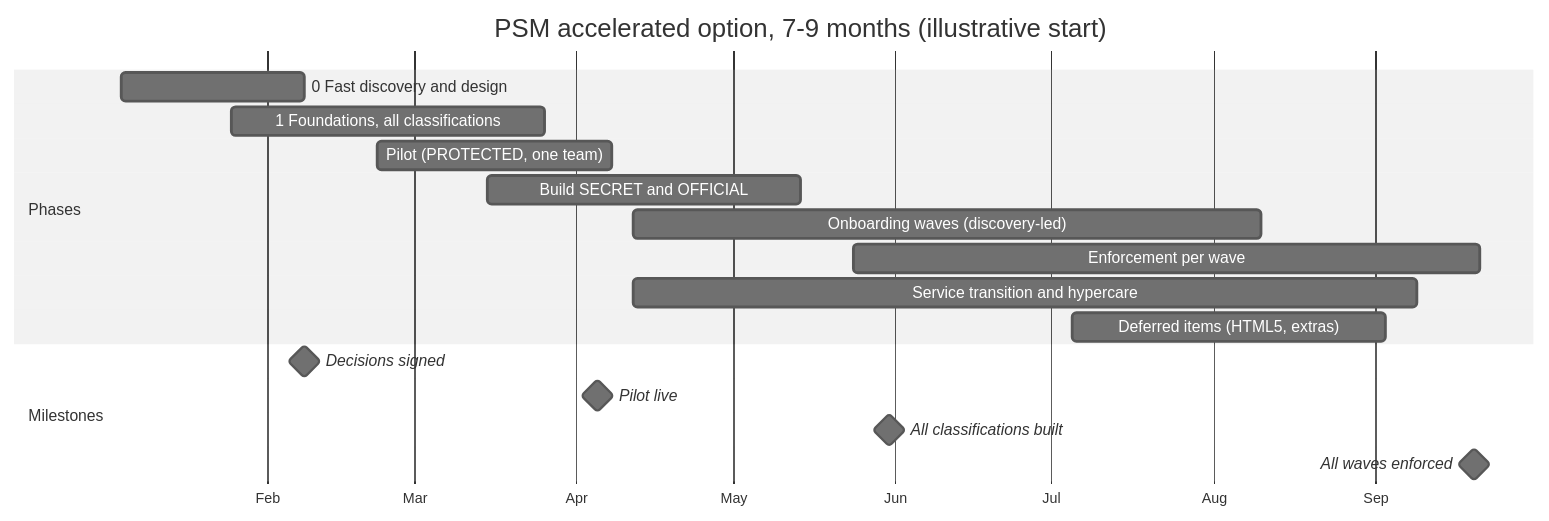
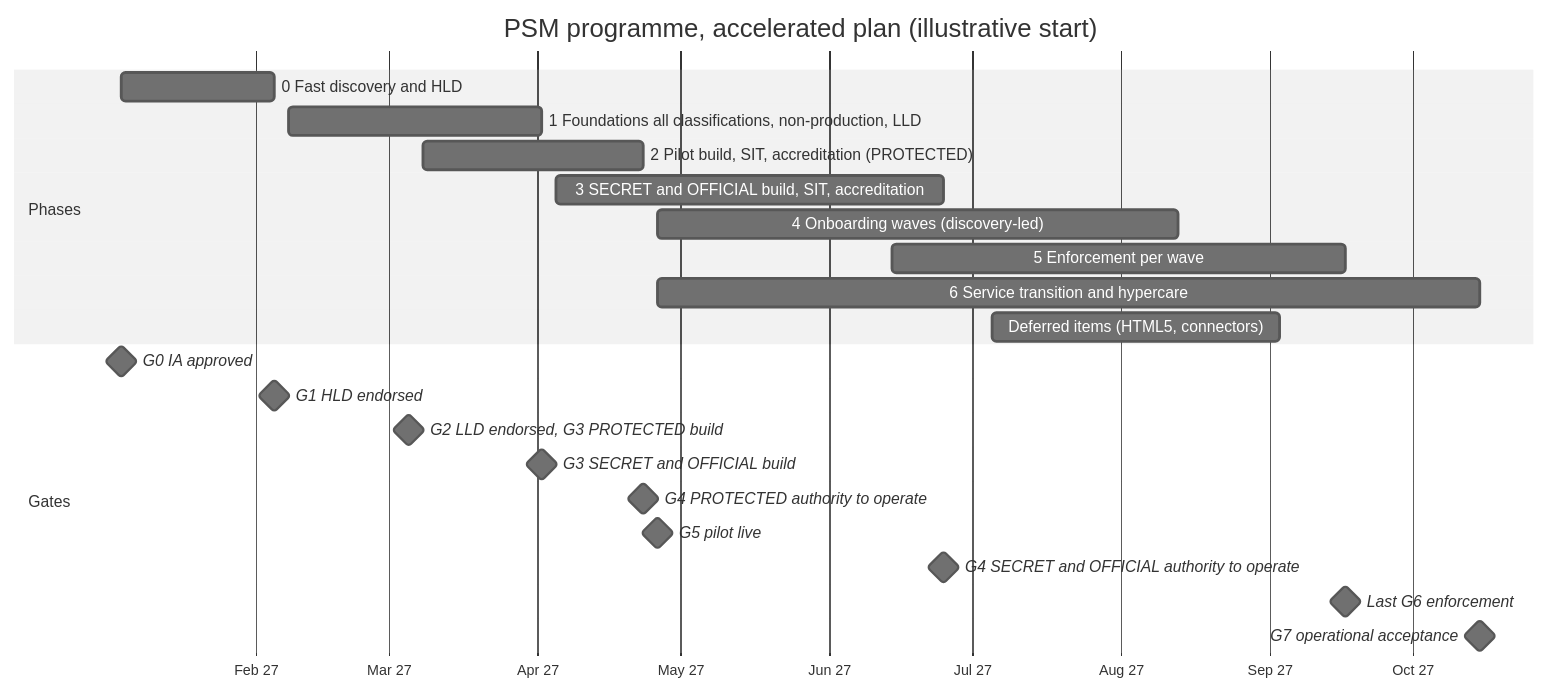
Diagram 11 of 11 in docs/cyberark-psm/impact-assessment.md (cnampalli/CB-Raap-Vault), drawn with Mermaid (neutral theme) before and after one commit. The commit also changed other lines of this file, not shown here.

First line of the commit message:
docs(psm): impact assessment v0.9 - stakeholder review, gates, design deliverables

````diff
--- a/docs/cyberark-psm/impact-assessment.md
+++ b/docs/cyberark-psm/impact-assessment.md
@@ -1129,20 +1677,25 @@
 ```mermaid
 gantt
-    title PSM accelerated option, 7-9 months (illustrative start)
+    title PSM programme, accelerated plan (illustrative start)
     dateFormat YYYY-MM-DD
-    axisFormat %b
+    axisFormat %b %y
     section Phases
-    0 Fast discovery and design       :a0, 2027-01-04, 35d
-    1 Foundations, all classifications :a1, 2027-01-25, 60d
-    Pilot (PROTECTED, one team)       :a2, 2027-02-22, 45d
-    Build SECRET and OFFICIAL         :a3, 2027-03-15, 60d
-    Onboarding waves (discovery-led)  :a4, 2027-04-12, 120d
-    Enforcement per wave              :a5, 2027-05-24, 120d
-    Service transition and hypercare  :a6, 2027-04-12, 150d
-    Deferred items (HTML5, extras)    :a7, 2027-07-05, 60d
-    section Milestones
-    Decisions signed                  :milestone, b1, 2027-02-08, 0d
-    Pilot live                        :milestone, b2, 2027-04-05, 0d
-    All classifications built         :milestone, b3, 2027-05-31, 0d
-    All waves enforced                :milestone, b4, 2027-09-20, 0d
+    0 Fast discovery and HLD                :a0, 2027-01-04, 2027-02-05
+    1 Foundations all classifications, non-production, LLD :a1, 2027-02-08, 2027-04-02
+    2 Pilot build, SIT, accreditation (PROTECTED) :a2, 2027-03-08, 2027-04-23
+    3 SECRET and OFFICIAL build, SIT, accreditation :a3, 2027-04-05, 2027-06-25
+    4 Onboarding waves (discovery-led)      :a4, 2027-04-26, 2027-08-13
+    5 Enforcement per wave                  :a5, 2027-06-14, 2027-09-17
+    6 Service transition and hypercare      :a6, 2027-04-26, 2027-10-15
+    Deferred items (HTML5, connectors)      :a7, 2027-07-05, 2027-09-03
+    section Gates
+    G0 IA approved                          :milestone, h0, 2027-01-04, 0d
+    G1 HLD endorsed                         :milestone, h1, 2027-02-05, 0d
+    G2 LLD endorsed, G3 PROTECTED build     :milestone, h2, 2027-03-05, 0d
+    G3 SECRET and OFFICIAL build            :milestone, h3, 2027-04-02, 0d
+    G4 PROTECTED authority to operate       :milestone, h4a, 2027-04-23, 0d
+    G5 pilot live                           :milestone, h5, 2027-04-26, 0d
+    G4 SECRET and OFFICIAL authority to operate :milestone, h4b, 2027-06-25, 0d
+    Last G6 enforcement                     :milestone, h6, 2027-09-17, 0d
+    G7 operational acceptance               :milestone, h7, 2027-10-15, 0d
 ```
````
